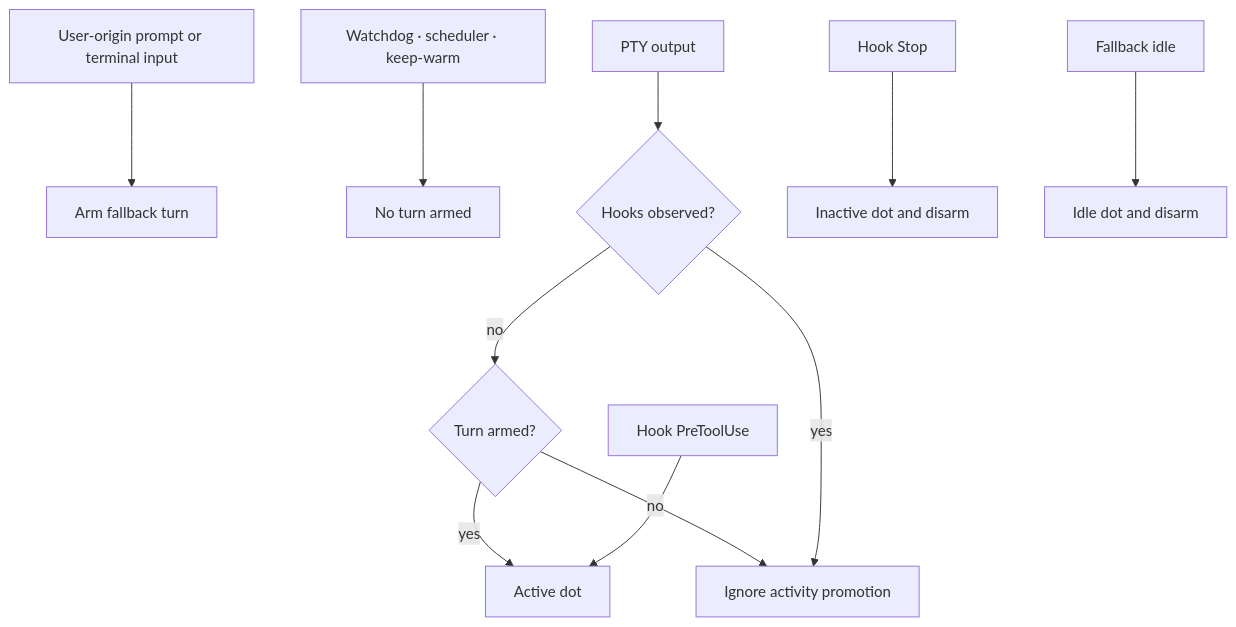
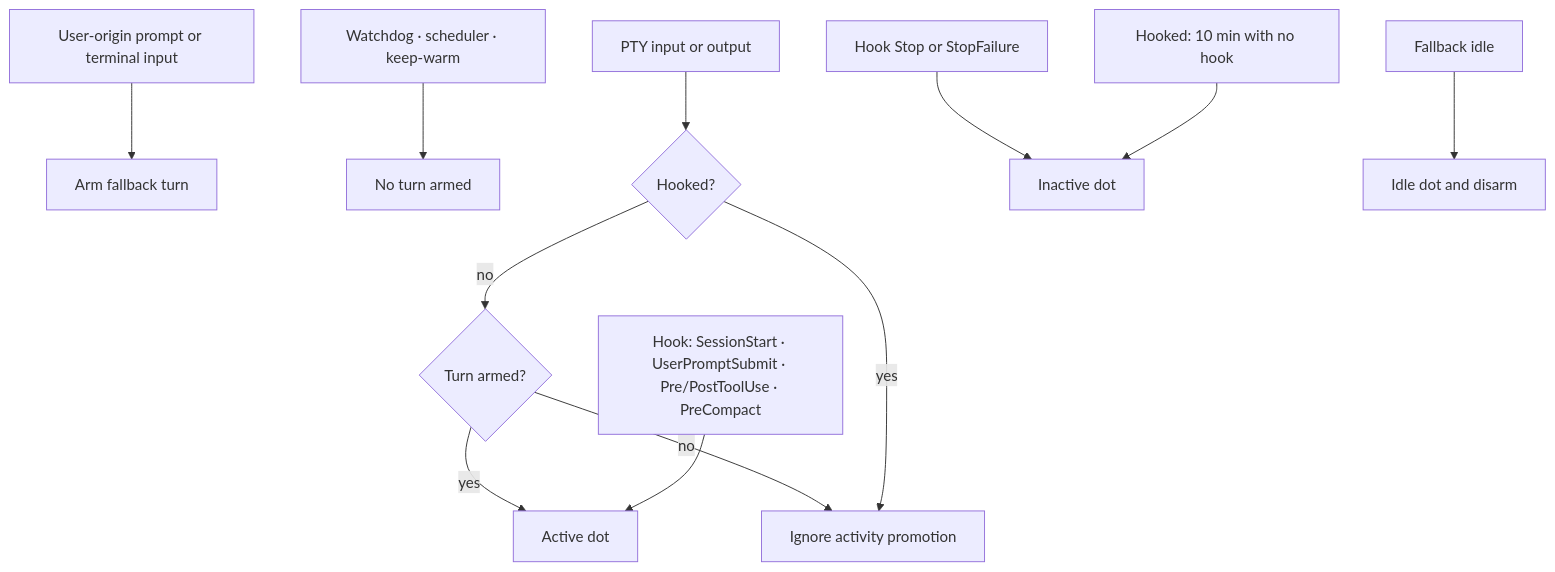
The second of 5 diagrams in docs/terminal-architecture.md (PetePeter/helm), drawn with Mermaid before and after one commit. The commit also changed other lines of this file and 45 other files, not shown here.

First line of the commit message:
feat: hook-driven activity dot + keep-warm rework; session_create expectsResponse; fix MCP close row

````diff
--- a/docs/terminal-architecture.md
+++ b/docs/terminal-architecture.md
@@ -88,13 +106,14 @@
 ```mermaid
 flowchart TD
     U[User-origin prompt or terminal input] --> A[Arm fallback turn]
     S[Watchdog · scheduler · keep-warm] --> N[No turn armed]
-    O[PTY output] --> F{Hooks observed?}
+    O[PTY input or output] --> F{Hooked?}
     F -->|no| T{Turn armed?}
     T -->|yes| G[Active dot]
     T -->|no| I[Ignore activity promotion]
     F -->|yes| I
-    W[Hook PreToolUse] --> G
-    E[Hook Stop] --> X[Inactive dot and disarm]
+    W[Hook: SessionStart · UserPromptSubmit · Pre/PostToolUse · PreCompact] --> G
+    E[Hook Stop or StopFailure] --> X[Inactive dot]
+    H[Hooked: 10 min with no hook] --> X
     D[Fallback idle] --> Y[Idle dot and disarm]
 ```
````
